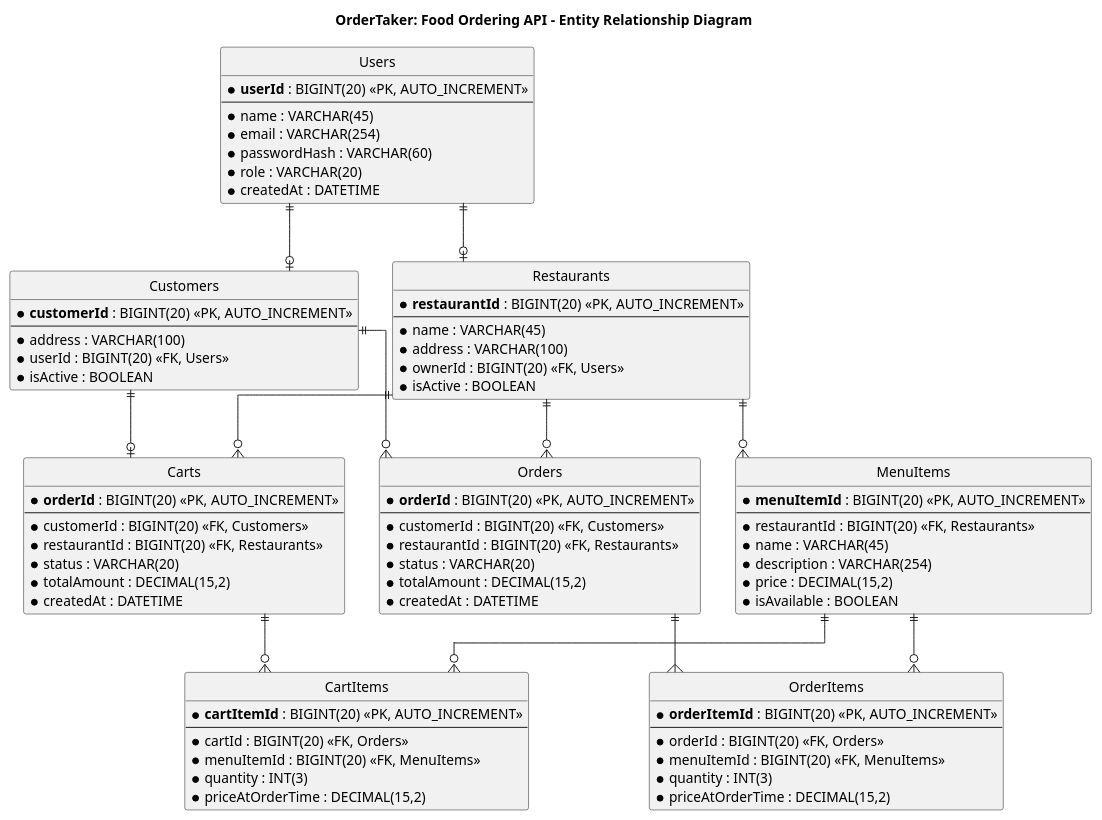
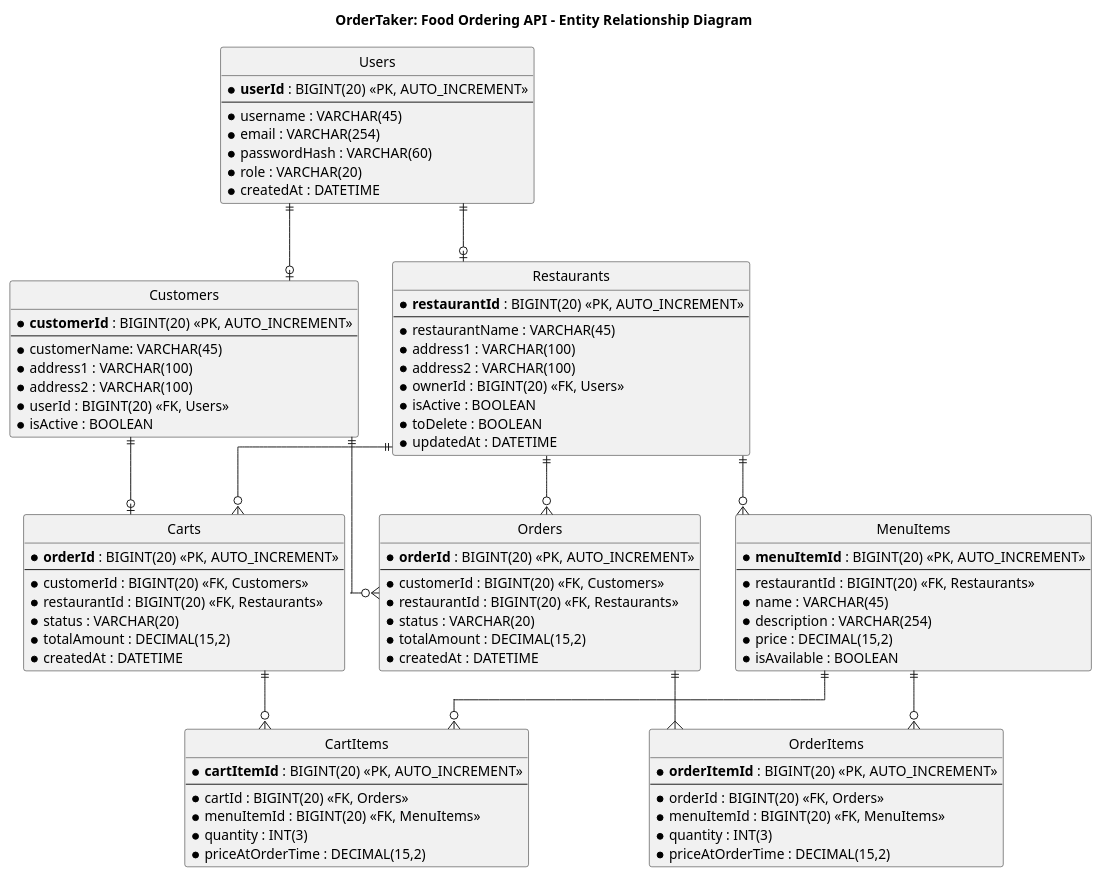
One commit to rvmchua/ordertaker changed the diagram in planning/uml/erd.puml. Above: the diagram before and after it, drawn with PlantUML.

Commit message:
Change name to username in Users, change name to customerName in Customers, change name to restaurantName in Restaurants, change address to address1 and address2 in Customers and Restaurants, add toDelete and updatedAt in Restaurants.

```diff
--- a/planning/uml/erd.puml
+++ b/planning/uml/erd.puml
@@ -1,93 +1,98 @@
 @startuml
 title OrderTaker: Food Ordering API - Entity Relationship Diagram
 skinparam linetype ortho
 hide circle
 
 entity "Users" as user {
     * **userId** : BIGINT(20) <<PK, AUTO_INCREMENT>>
     --
-    * name : VARCHAR(45)
+    * username : VARCHAR(45)
     * email : VARCHAR(254)
     * passwordHash : VARCHAR(60)
     * role : VARCHAR(20)
     * createdAt : DATETIME
 }
 
 entity "Customers" as customer {
     * **customerId** : BIGINT(20) <<PK, AUTO_INCREMENT>>
     --
-    * address : VARCHAR(100)
+    * customerName: VARCHAR(45)
+    * address1 : VARCHAR(100)
+    * address2 : VARCHAR(100)
     * userId : BIGINT(20) <<FK, Users>>
     * isActive : BOOLEAN
 }
 
 entity "Restaurants" as resto {
     * **restaurantId** : BIGINT(20) <<PK, AUTO_INCREMENT>>
     --
-    * name : VARCHAR(45)
-    * address : VARCHAR(100)
+    * restaurantName : VARCHAR(45)
+    * address1 : VARCHAR(100)
+    * address2 : VARCHAR(100)
     * ownerId : BIGINT(20) <<FK, Users>>
     * isActive : BOOLEAN
+    * toDelete : BOOLEAN
+    * updatedAt : DATETIME
 }
 
 entity "MenuItems" as menu {
     * **menuItemId** : BIGINT(20) <<PK, AUTO_INCREMENT>>
     --
     * restaurantId : BIGINT(20) << FK, Restaurants>>
     * name : VARCHAR(45)
     * description : VARCHAR(254)
     * price : DECIMAL(15,2)
     * isAvailable : BOOLEAN
 }
 
 entity "Orders" as order {
     * **orderId** : BIGINT(20) <<PK, AUTO_INCREMENT>>
     --
     * customerId : BIGINT(20) <<FK, Customers>>
     * restaurantId : BIGINT(20) <<FK, Restaurants>>
     * status : VARCHAR(20)
     * totalAmount : DECIMAL(15,2)
     * createdAt : DATETIME
 }
 
 entity "OrderItems" as item {
     * **orderItemId** : BIGINT(20) <<PK, AUTO_INCREMENT>>
     --
     * orderId : BIGINT(20) <<FK, Orders>>
     * menuItemId : BIGINT(20) <<FK, MenuItems>>
     * quantity : INT(3)
     * priceAtOrderTime : DECIMAL(15,2)
 }
 
 entity "Carts" as cart {
     * **orderId** : BIGINT(20) <<PK, AUTO_INCREMENT>>
     --
     * customerId : BIGINT(20) <<FK, Customers>>
     * restaurantId : BIGINT(20) <<FK, Restaurants>>
     * status : VARCHAR(20)
     * totalAmount : DECIMAL(15,2)
     * createdAt : DATETIME
 }
 
 entity "CartItems" as cartitem {
     * **cartItemId** : BIGINT(20) <<PK, AUTO_INCREMENT>>
     --
     * cartId : BIGINT(20) <<FK, Orders>>
     * menuItemId : BIGINT(20) <<FK, MenuItems>>
     * quantity : INT(3)
     * priceAtOrderTime : DECIMAL(15,2)
 }
 
 user ||--o|resto
 user ||--o| customer
 resto ||--o{ menu
 customer ||--o{ order
 resto ||--o{ order
 order ||--{ item
 menu ||--o{ item
 customer ||--o| cart
 resto ||--o{ cart
 cart ||--o{ cartitem
 menu ||--o{ cartitem
 
 @enduml
```
